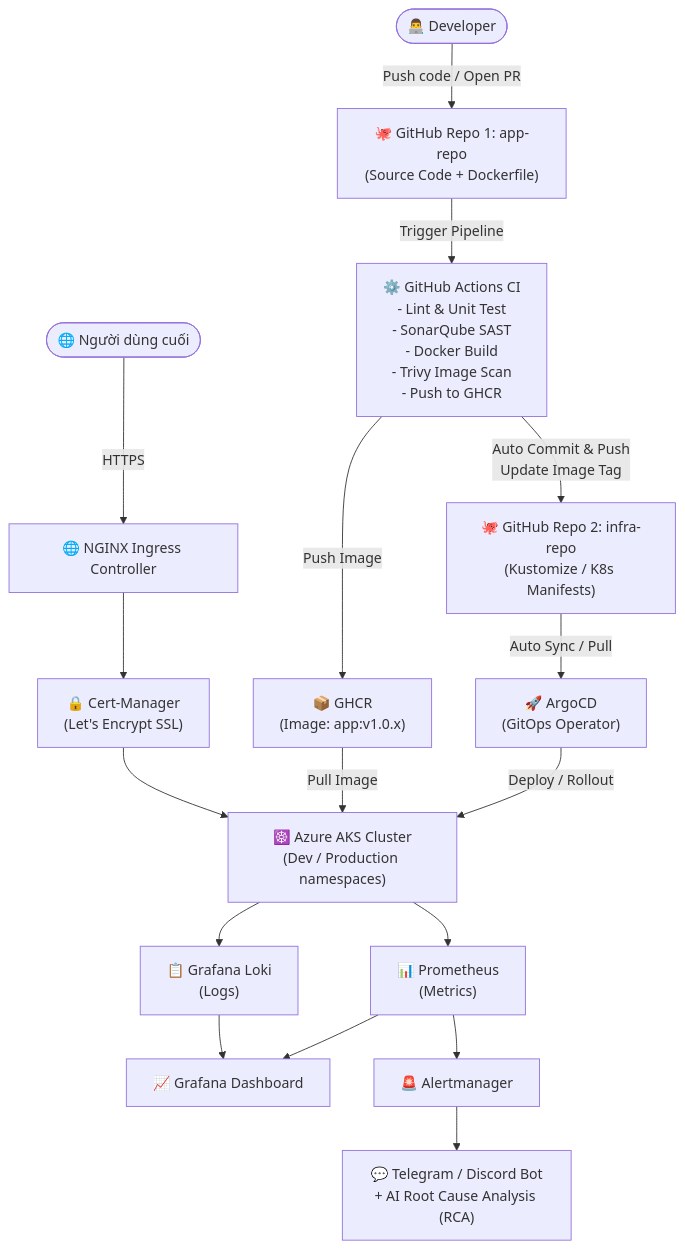
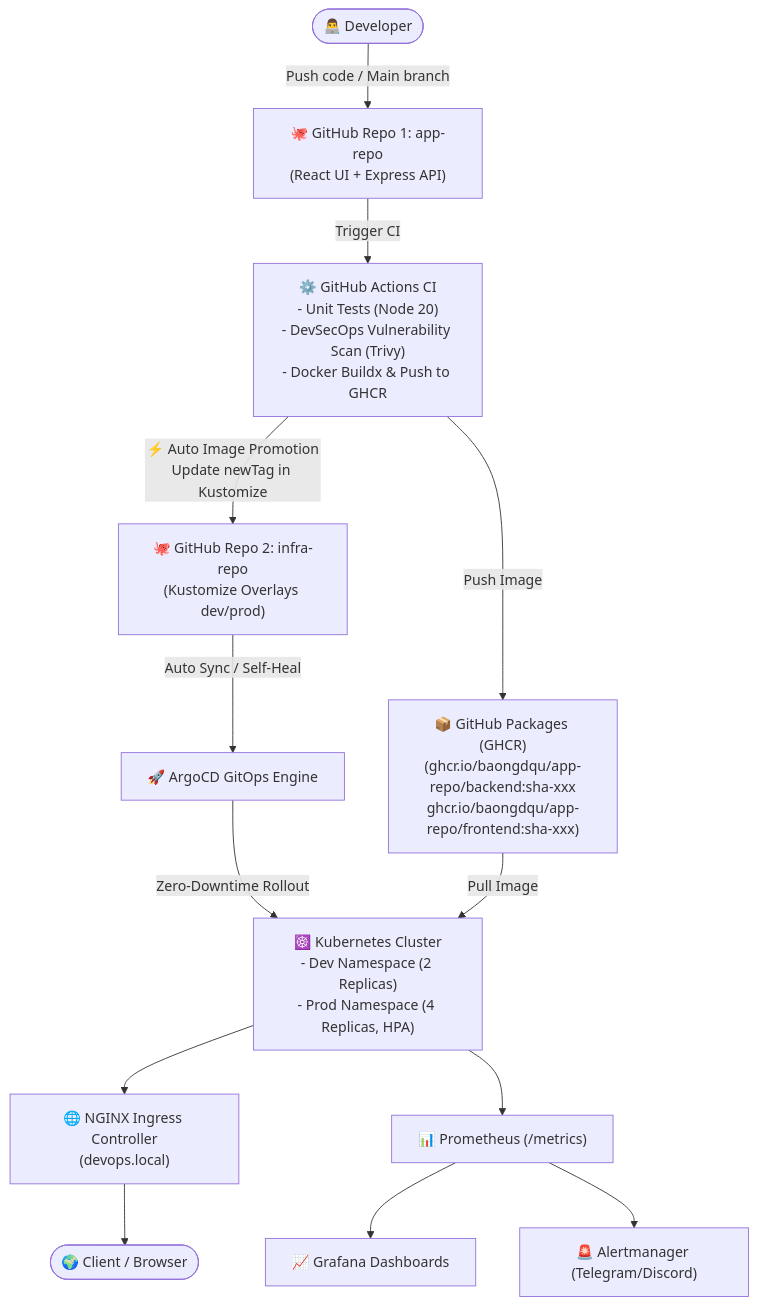
One commit to baongdqu/devsecops-project changed the diagram in README.md. Above: the diagram before and after it, drawn with Mermaid. The commit also changed other lines of this file and 14 other files, not shown here.

````diff
--- a/README.md
+++ b/README.md
@@ -20,19 +21,15 @@
 ```mermaid
 flowchart TD
-    DEV([👨‍💻 Developer]) -->|Push code / Open PR| APPREPO["🐙 GitHub Repo 1: app-repo\n(Source Code + Dockerfile)"]
-    APPREPO -->|Trigger Pipeline| CI["⚙️ GitHub Actions CI\n- Lint & Unit Test\n- SonarQube SAST\n- Docker Build\n- Trivy Image Scan\n- Push to GHCR"]
-    CI -->|Push Image| GHCR["📦 GHCR\n(Image: app:v1.0.x)"]
-    CI -->|Auto Commit & Push\nUpdate Image Tag| INFRAREPO["🐙 GitHub Repo 2: infra-repo\n(Kustomize / K8s Manifests)"]
-    INFRAREPO -->|Auto Sync / Pull| ARGOCD["🚀 ArgoCD\n(GitOps Operator)"]
-    ARGOCD -->|Deploy / Rollout| K8S["☸️ Azure AKS Cluster\n(Dev / Production namespaces)"]
+    DEV([👨‍💻 Developer]) -->|Push code / Main branch| APPREPO["🐙 GitHub Repo 1: app-repo\n(React UI + Express API)"]
+    APPREPO -->|Trigger CI| ACTIONS["⚙️ GitHub Actions CI\n- Unit Tests (Node 20)\n- DevSecOps Vulnerability Scan (Trivy)\n- Docker Buildx & Push to GHCR"]
+    ACTIONS -->|Push Image| GHCR["📦 GitHub Packages (GHCR)\n(ghcr.io/baongdqu/app-repo/backend:sha-xxx\nghcr.io/baongdqu/app-repo/frontend:sha-xxx)"]
+    ACTIONS -->|⚡ Auto Image Promotion\nUpdate newTag in Kustomize| GITOPSREPO["🐙 GitHub Repo 2: infra-repo\n(Kustomize Overlays dev/prod)"]
+    GITOPSREPO -->|Auto Sync / Self-Heal| ARGOCD["🚀 ArgoCD GitOps Engine"]
+    ARGOCD -->|Zero-Downtime Rollout| K8S["☸️ Kubernetes Cluster\n- Dev Namespace (2 Replicas)\n- Prod Namespace (4 Replicas, HPA)"]
     GHCR -->|Pull Image| K8S
-    USER([🌐 Người dùng cuối]) -->|HTTPS| NGINX["🌐 NGINX Ingress Controller"]
-    NGINX --> CERTMGR["🔒 Cert-Manager\n(Let's Encrypt SSL)"]
-    CERTMGR --> K8S
-    K8S --> PROM["📊 Prometheus\n(Metrics)"]
-    K8S --> LOKI["📋 Grafana Loki\n(Logs)"]
-    PROM --> GRAFANA["📈 Grafana Dashboard"]
-    LOKI --> GRAFANA
-    PROM --> ALERT["🚨 Alertmanager"]
-    ALERT --> BOT["💬 Telegram / Discord Bot\n+ AI Root Cause Analysis (RCA)"]
+    K8S --> INGRESS["🌐 NGINX Ingress Controller\n(devops.local)"]
+    INGRESS --> USER([🌍 Client / Browser])
+    K8S --> PROM["📊 Prometheus (/metrics)"]
+    PROM --> GRAFANA["📈 Grafana Dashboards"]
+    PROM --> ALERT["🚨 Alertmanager (Telegram/Discord)"]
 ```
````
